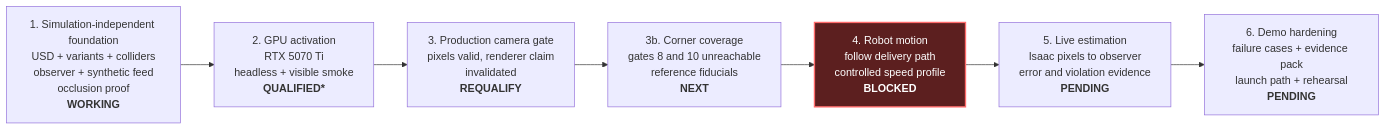
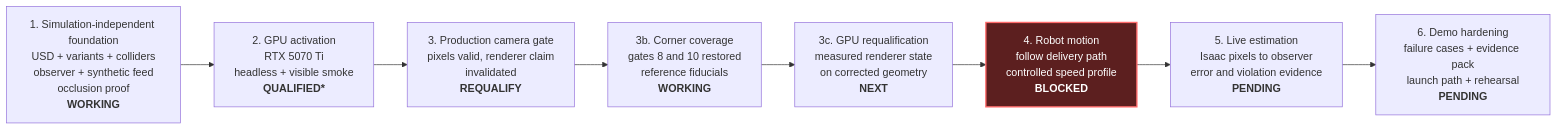
Before and after one commit to alexandergmzx/corridor-twin: the first of 2 diagrams in docs/README.md, drawn with Mermaid. The commit also changed other lines of this file and 11 other files, not shown here.

````diff
--- a/docs/README.md
+++ b/docs/README.md
@@ -32,15 +32,16 @@
 ```mermaid
 flowchart LR
     P1["1. Simulation-independent foundation<br/>USD + variants + colliders<br/>observer + synthetic feed<br/>occlusion proof<br/><b>WORKING</b>"]
     P2["2. GPU activation<br/>RTX 5070 Ti<br/>headless + visible smoke<br/><b>QUALIFIED*</b>"]
     P3["3. Production camera gate<br/>pixels valid, renderer claim<br/>invalidated<br/><b>REQUALIFY</b>"]
-    P3b["3b. Corner coverage<br/>gates 8 and 10 unreachable<br/>reference fiducials<br/><b>NEXT</b>"]
+    P3b["3b. Corner coverage<br/>gates 8 and 10 restored<br/>reference fiducials<br/><b>WORKING</b>"]
+    P3c["3c. GPU requalification<br/>measured renderer state<br/>on corrected geometry<br/><b>NEXT</b>"]
     P4["4. Robot motion<br/>follow delivery path<br/>controlled speed profile<br/><b>BLOCKED</b>"]
     P5["5. Live estimation<br/>Isaac pixels to observer<br/>error and violation evidence<br/><b>PENDING</b>"]
     P6["6. Demo hardening<br/>failure cases + evidence pack<br/>launch path + rehearsal<br/><b>PENDING</b>"]
 
-    P1 --> P2 --> P3 --> P3b --> P4 --> P5 --> P6
+    P1 --> P2 --> P3 --> P3b --> P3c --> P4 --> P5 --> P6
 
     classDef blocked fill:#5c1f1f,color:#ffffff,stroke:#ff6b6b,stroke-width:2px;
     class P4 blocked;
 ```
````
